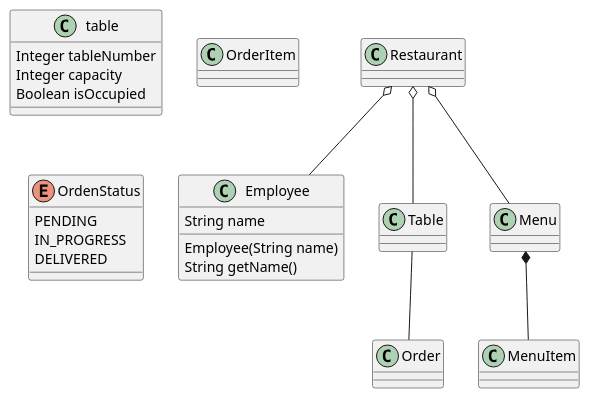
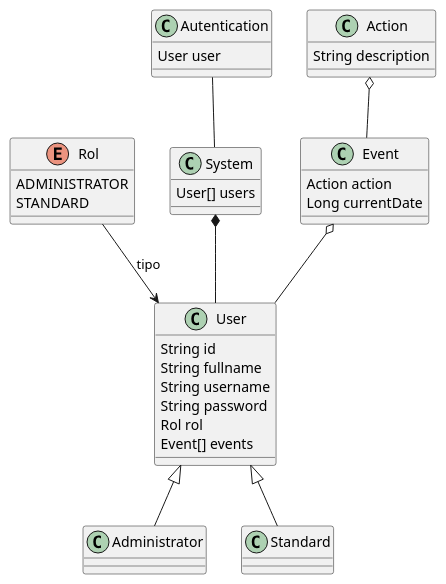
The diagram in Module2Project/UML/Module2Project.plantuml (NDanielR/Module2Project), drawn with PlantUML before and after one commit. The commit also changed 1 other file, not shown here.

```diff
--- a/Module2Project/UML/Module2Project.plantuml
+++ b/Module2Project/UML/Module2Project.plantuml
@@ -1,33 +1,52 @@
-@startuml Module2Project
-    class table{
-        Integer tableNumber
-        Integer capacity
-        Boolean isOccupied 
-    }
-    class MenuItem{
+@startuml modelSystemUser
 
-    }
+enum Rol {
+  ADMINISTRATOR
+  STANDARD
+}
 
-    class OrderItem{
+class System{
+    User[] users
+}
 
-    }
+class User {
+  String id
+  String fullname
+  String username
+  String password
+  Rol rol
+  Event[] events
+}
 
-    enum OrdenStatus{
-        PENDING
-        IN_PROGRESS
-        DELIVERED
-    }
+class Action{
+    String description
+}
 
-    class Employee{
-        String name
+class Event{
+    Action action
+    Long currentDate
+}
 
-        Employee(String name)
-        String getName()
-    }
+class Administrator{
 
-    Restaurant o-- Table
-    Restaurant o-- Employee
-    Restaurant o-- Menu
-    Table -- Order
-    Menu *-- MenuItem
+}
+
+class Standard{
+
+}
+
+class Autentication {
+  User user
+}
+
+' Relaciones
+System *-- User
+Action o-- Event
+Event o-- User
+User <|-- Administrator
+User <|-- Standard
+Autentication -- System
+Rol --> User : tipo
+
+
 @enduml
```
